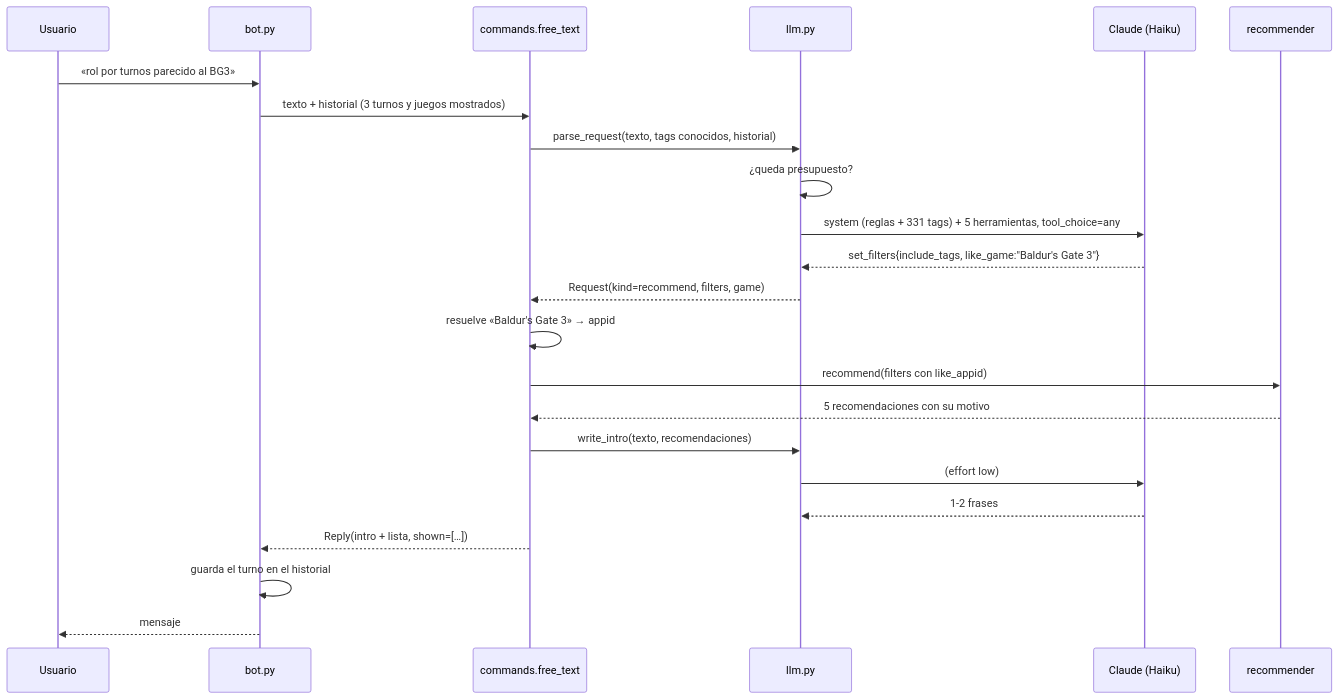
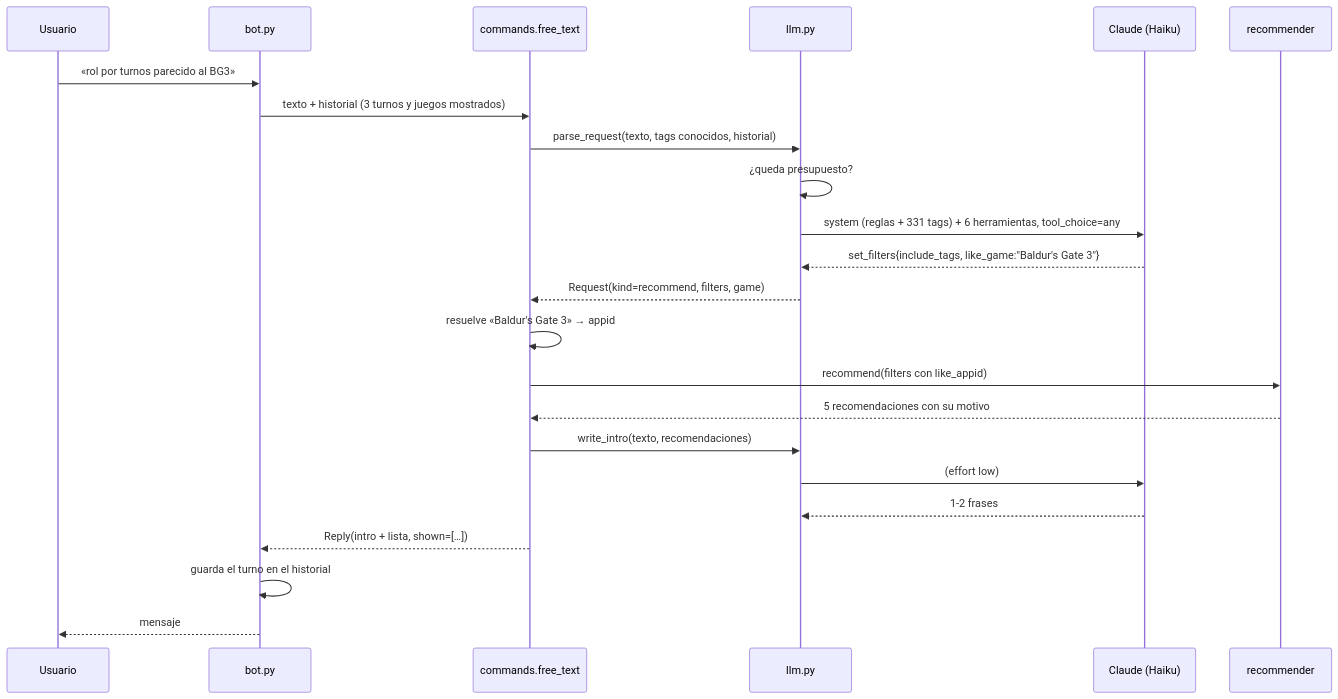
Before and after one commit to Mepoide/steam-backlog: the fourth of 4 diagrams in docs/arquitectura.md, drawn with Mermaid. The commit also changed other lines of this file and 8 other files, not shown here.

````diff
--- a/docs/arquitectura.md
+++ b/docs/arquitectura.md
@@ -257,26 +257,26 @@
 ```mermaid
 sequenceDiagram
     participant U as Usuario
     participant B as bot.py
     participant C as commands.free_text
     participant L as llm.py
     participant A as Claude (Haiku)
     participant R as recommender
 
     U->>B: «rol por turnos parecido al BG3»
     B->>C: texto + historial (3 turnos y juegos mostrados)
     C->>L: parse_request(texto, tags conocidos, historial)
     L->>L: ¿queda presupuesto?
-    L->>A: system (reglas + 331 tags) + 5 herramientas, tool_choice=any
+    L->>A: system (reglas + 331 tags) + 6 herramientas, tool_choice=any
     A-->>L: set_filters{include_tags, like_game:"Baldur's Gate 3"}
     L-->>C: Request(kind=recommend, filters, game)
     C->>C: resuelve «Baldur's Gate 3» → appid
     C->>R: recommend(filters con like_appid)
     R-->>C: 5 recomendaciones con su motivo
     C->>L: write_intro(texto, recomendaciones)
     L->>A: (effort low)
     A-->>L: 1-2 frases
     C-->>B: Reply(intro + lista, shown=[…])
     B->>B: guarda el turno en el historial
     B-->>U: mensaje
 ```
````
